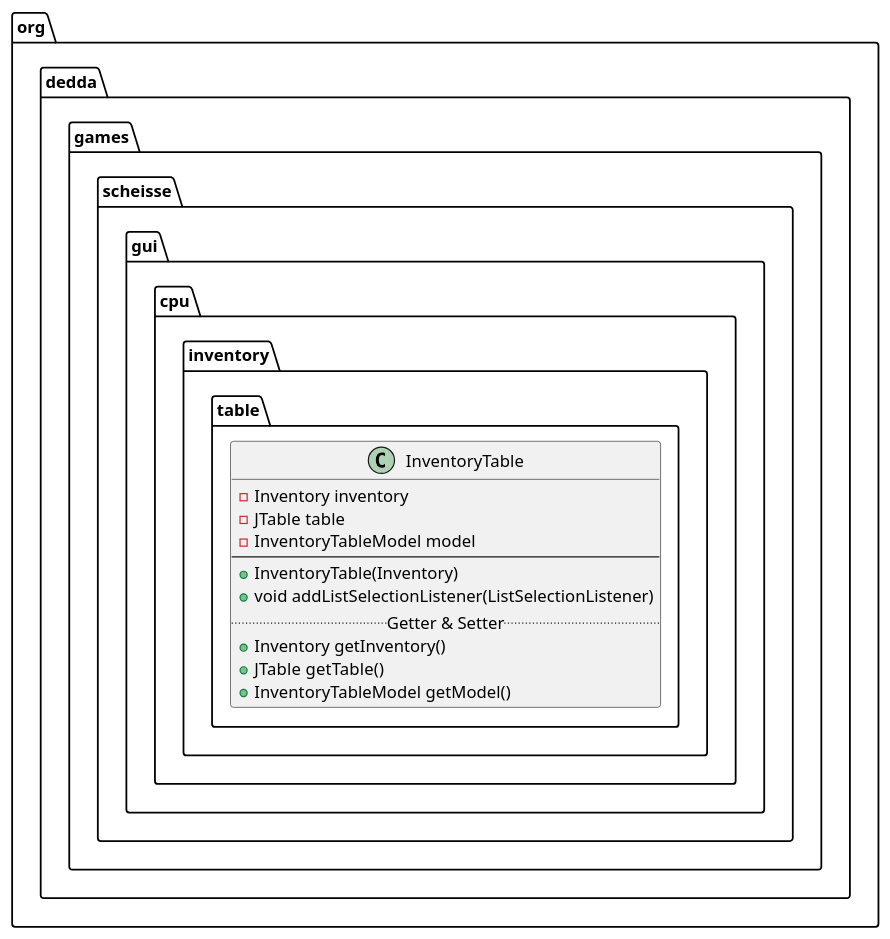
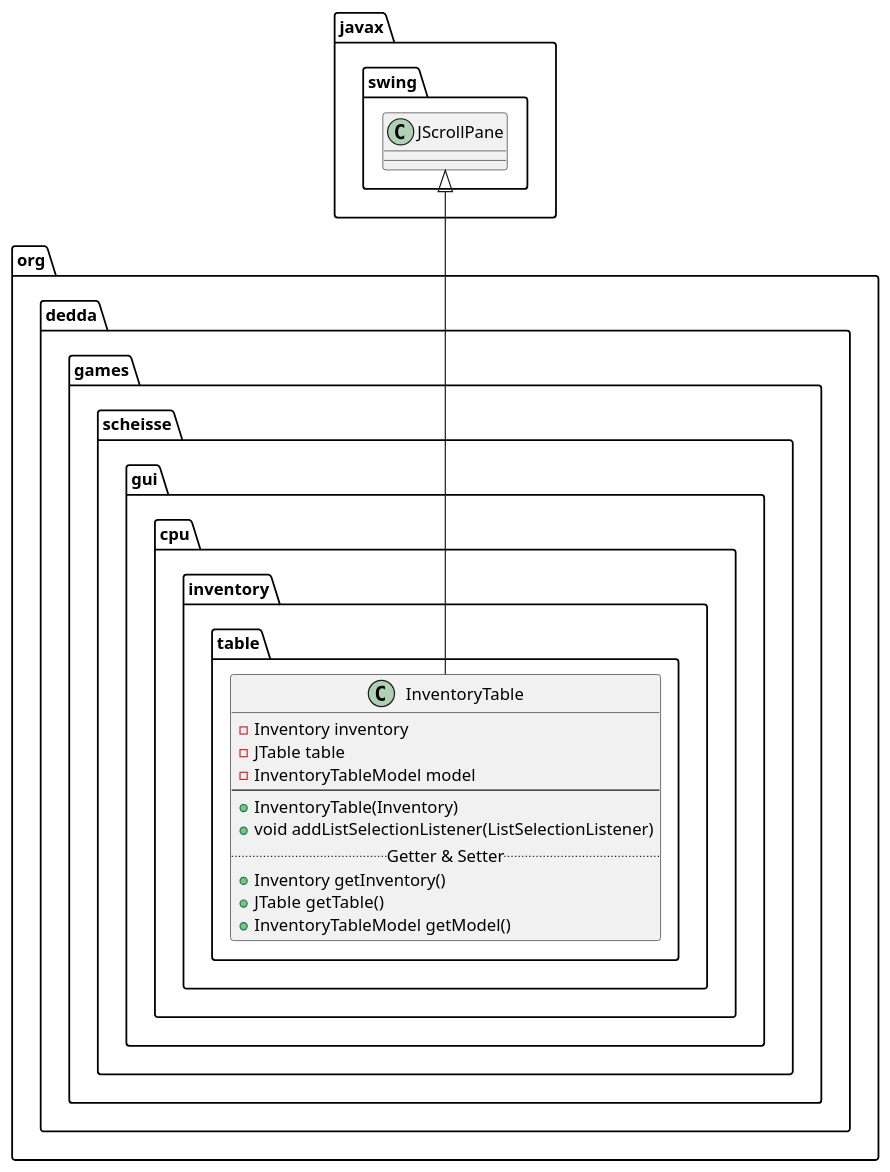
Before and after one commit to gitter-badger/scheisse: the diagram in uml/classes/org.dedda.games.scheisse.gui.cpu.inventory.table.InventoryTable.puml, drawn with PlantUML. The commit also changed 14 other files, not shown here.

Commit message:
extended puml class diagram a bit

```diff
--- a/uml/classes/org.dedda.games.scheisse.gui.cpu.inventory.table.InventoryTable.puml
+++ b/uml/classes/org.dedda.games.scheisse.gui.cpu.inventory.table.InventoryTable.puml
@@ -1,14 +1,18 @@
 @startuml
+class javax.swing.JScrollPane
+
 class org.dedda.games.scheisse.gui.cpu.inventory.table.InventoryTable{
     - Inventory inventory
     - JTable table
     - InventoryTableModel model
     --
     + InventoryTable(Inventory)
     + void addListSelectionListener(ListSelectionListener)
     .. Getter & Setter ..
     + Inventory getInventory()
     + JTable getTable()
     + InventoryTableModel getModel()
 }
+
+javax.swing.JScrollPane <|-- org.dedda.games.scheisse.gui.cpu.inventory.table.InventoryTable
 @enduml
```
